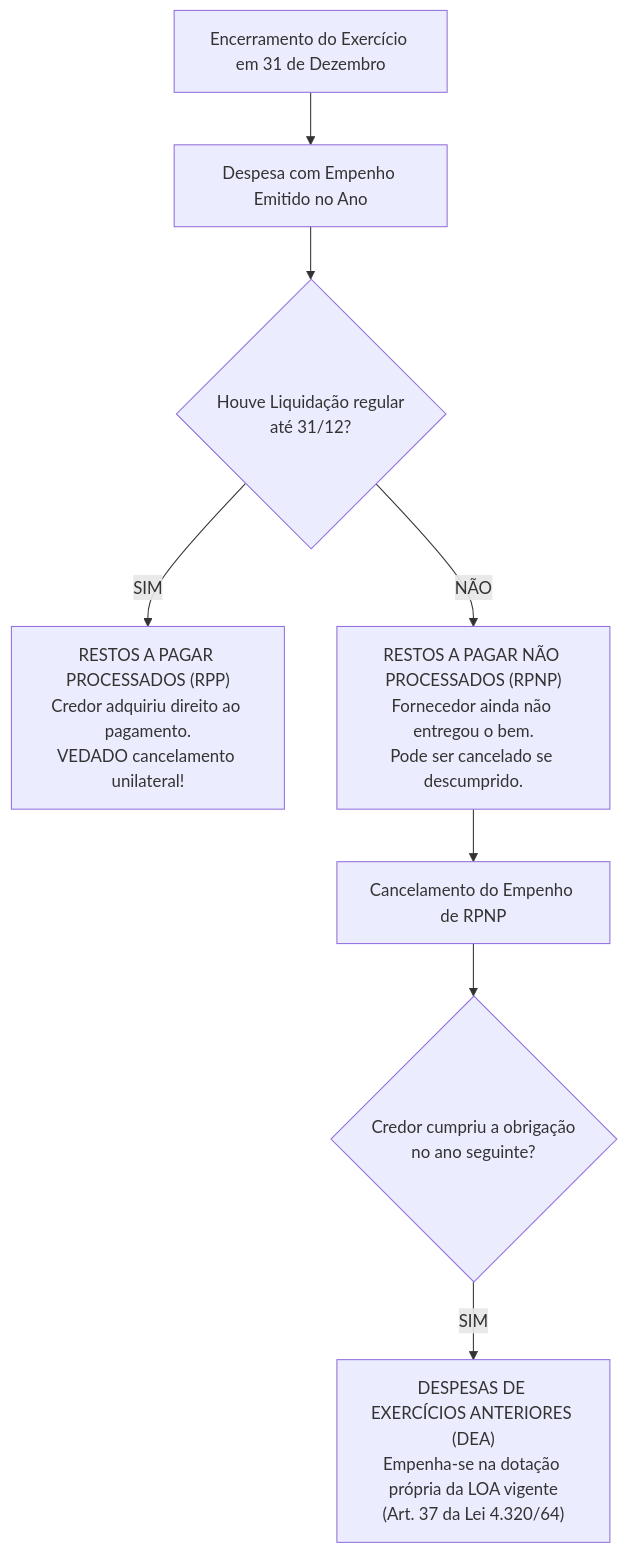
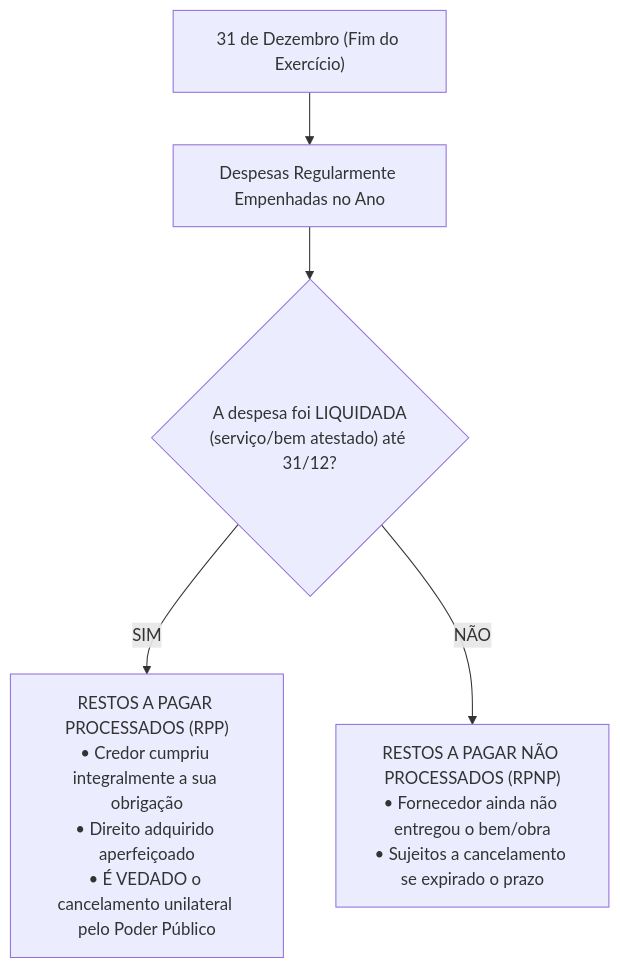
One commit to thiagosantos346/TCE-GO-2027 changed the fourth of 5 diagrams in fontes_de_estudo/conhecimentos_especificos_a01_tecnico_administrativo/19_nocoes_de_administracao_financeira_e_orcamentaria/03_despesa_publica_estagios_restos_a_pagar_e_suprimento.md. Above: the diagram before and after it, drawn with Mermaid. The commit also changed other lines of this file and 119 other files, not shown here.

````diff
--- a/fontes_de_estudo/conhecimentos_especificos_a01_tecnico_administrativo/19_nocoes_de_administracao_financeira_e_orcamentaria/03_despesa_publica_estagios_restos_a_pagar_e_suprimento.md
+++ b/fontes_de_estudo/conhecimentos_especificos_a01_tecnico_administrativo/19_nocoes_de_administracao_financeira_e_orcamentaria/03_despesa_publica_estagios_restos_a_pagar_e_suprimento.md
@@ -140,12 +160,7 @@
 ```mermaid
 flowchart TD
-    Encerr["Encerramento do Exercício em 31 de Dezembro"]
-    Encerr --> Empenhada["Despesa com Empenho Emitido no Ano"]
-    Empenhada --> StatusLiq{"Houve Liquidação regular<br/>até 31/12?"}
-    StatusLiq -->|SIM| RPP["RESTOS A PAGAR PROCESSADOS (RPP)<br/>Credor adquiriu direito ao pagamento.<br/>VEDADO cancelamento unilateral!"]
-    StatusLiq -->|NÃO| RPNP["RESTOS A PAGAR NÃO PROCESSADOS (RPNP)<br/>Fornecedor ainda não entregou o bem.<br/>Pode ser cancelado se descumprido."]
-
-    RPNP --> Canc["Cancelamento do Empenho de RPNP"]
-    Canc --> EntregouDepois{"Credor cumpriu a obrigação<br/>no ano seguinte?"}
-    EntregouDepois -->|SIM| DEA["DESPESAS DE EXERCÍCIOS ANTERIORES (DEA)<br/>Empenha-se na dotação própria da LOA vigente<br/>(Art. 37 da Lei 4.320/64)"]
+    Ano["31 de Dezembro (Fim do Exercício)"] --> Emp["Despesas Regularmente Empenhadas no Ano"]
+    Emp --> Liq{"A despesa foi LIQUIDADA<br/>(serviço/bem atestado) até 31/12?"}
+    Liq -->|SIM| RPP["RESTOS A PAGAR PROCESSADOS (RPP)<br/>• Credor cumpriu integralmente a sua obrigação<br/>• Direito adquirido aperfeiçoado<br/>• É VEDADO o cancelamento unilateral pelo Poder Público"]
+    Liq -->|NÃO| RPNP["RESTOS A PAGAR NÃO PROCESSADOS (RPNP)<br/>• Fornecedor ainda não entregou o bem/obra<br/>• Sujeitos a cancelamento se expirado o prazo"]
 ```
````
